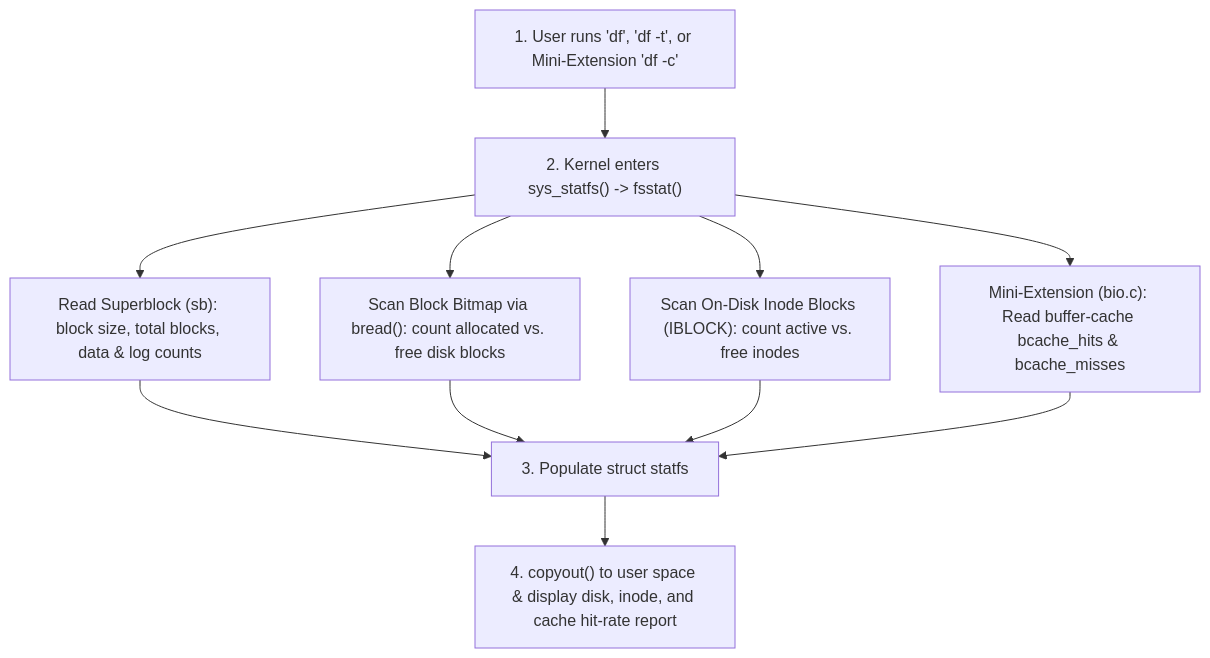
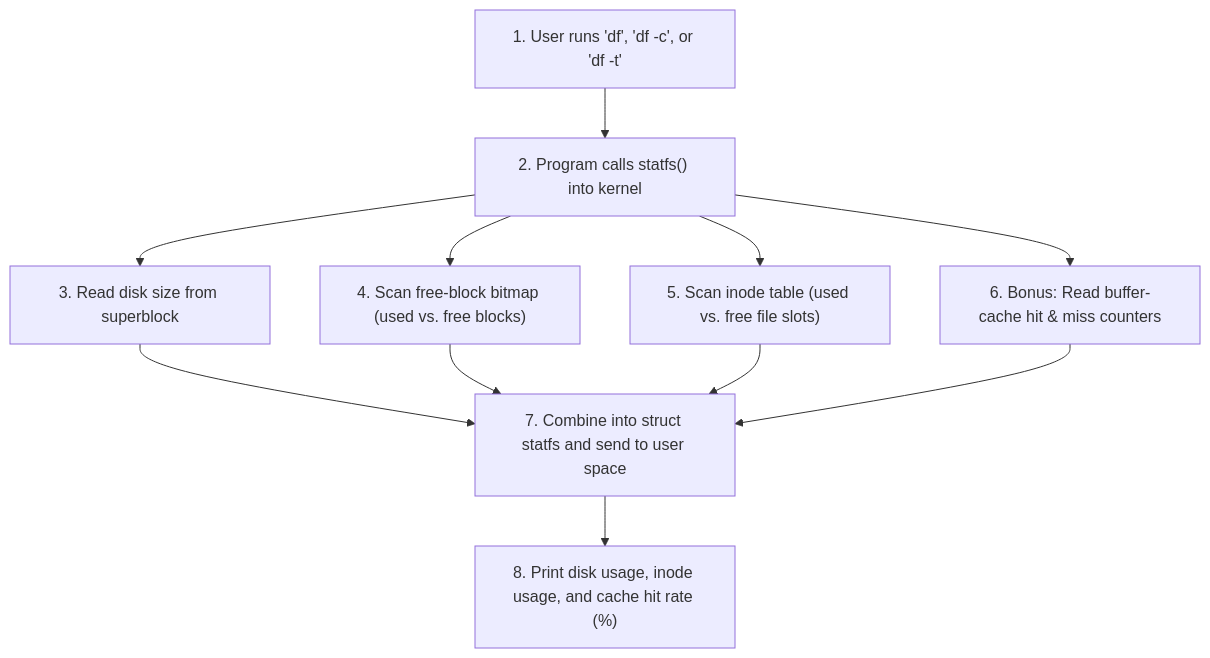
One commit to asbahkhan67-ctrl/xv6-riscv changed diagram 21 of 21 in README.md. Above: the diagram before and after it, drawn with Mermaid. The commit also changed other lines of this file and 42 other files, not shown here.

````diff
--- a/README.md
+++ b/README.md
@@ -1181,16 +1242,13 @@
 ```mermaid
 flowchart TD
-    U["1. User runs 'df', 'df -t', or Mini-Extension 'df -c'"] --> K["2. Kernel enters sys_statfs() -> fsstat()"]
-
-    K --> SB["Read Superblock (sb): block size, total blocks, data & log counts"]
-    K --> BM["Scan Block Bitmap via bread(): count allocated vs. free disk blocks"]
-    K --> IN["Scan On-Disk Inode Blocks (IBLOCK): count active vs. free inodes"]
-    K --> BC["Mini-Extension (bio.c): Read buffer-cache bcache_hits & bcache_misses"]
-
-    SB --> PACK["3. Populate struct statfs"]
-    BM --> PACK
-    IN --> PACK
-    BC --> PACK
-
-    PACK --> OUT["4. copyout() to user space & display disk, inode, and cache hit-rate report"]
+    A["1. User runs 'df', 'df -c', or 'df -t'"] --> B["2. Program calls statfs() into kernel"]
+    B --> C["3. Read disk size from superblock"]
+    B --> D["4. Scan free-block bitmap (used vs. free blocks)"]
+    B --> E["5. Scan inode table (used vs. free file slots)"]
+    B --> F["6. Bonus: Read buffer-cache hit & miss counters"]
+    C --> G["7. Combine into struct statfs and send to user space"]
+    D --> G
+    E --> G
+    F --> G
+    G --> H["8. Print disk usage, inode usage, and cache hit rate (%)"]
 ```
````
